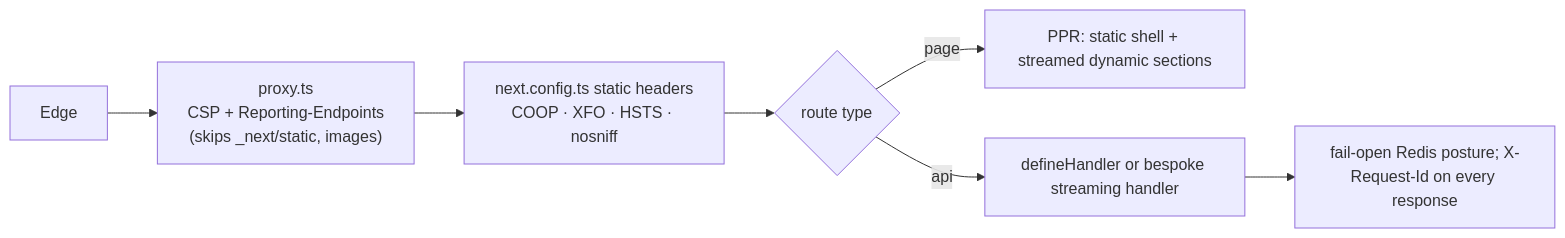
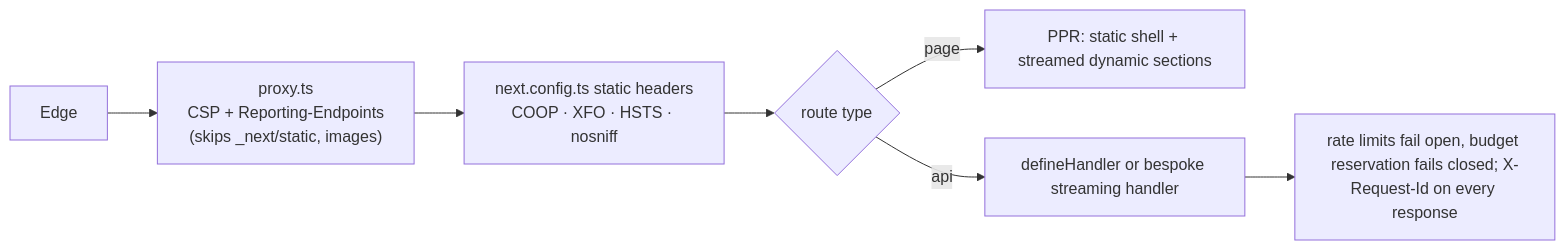
The sixth of 6 diagrams in docs/03-rendering-and-data-flow.md (erikunha/portfolio), drawn with Mermaid before and after one commit. The commit also changed other lines of this file and 1 other file, not shown here.

Commit message:
docs: rate limits fail open, the budget reservation fails closed
docs/03 line 132 and the request flowchart still called Redis fail-open
everywhere; .claude/rules/api-boundary.md said the same. The /api/ask
budget reservation now returns 503 on a Redis error.

````diff
--- a/docs/03-rendering-and-data-flow.md
+++ b/docs/03-rendering-and-data-flow.md
@@ -163,9 +163,9 @@
 ```mermaid
 flowchart LR
     e["Edge"] --> p["proxy.ts<br/>CSP + Reporting-Endpoints<br/>(skips _next/static, images)"]
     p --> n["next.config.ts static headers<br/>COOP · XFO · HSTS · nosniff"]
     n --> route{route type}
     route -->|page| ppr["PPR: static shell + streamed dynamic sections"]
     route -->|api| handler["defineHandler or bespoke streaming handler"]
-    handler --> failopen["fail-open Redis posture; X-Request-Id on every response"]
+    handler --> failopen["rate limits fail open, budget reservation fails closed; X-Request-Id on every response"]
 ```
````
